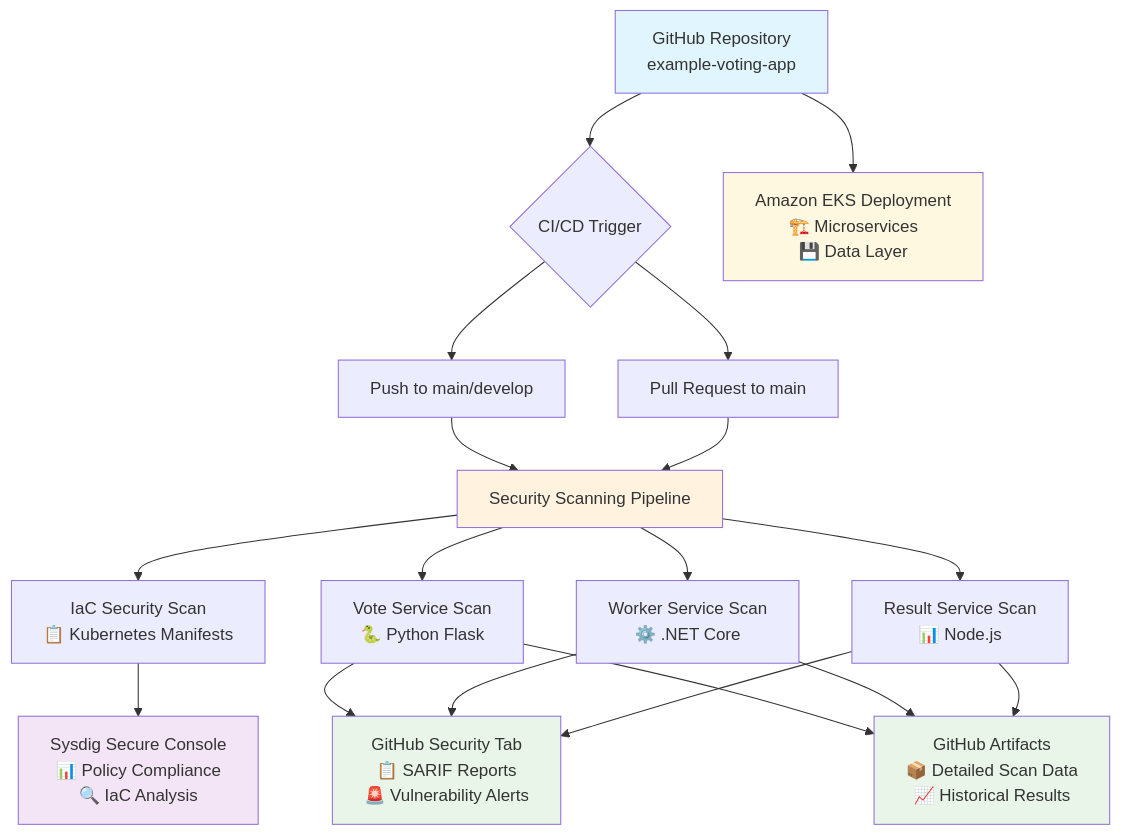
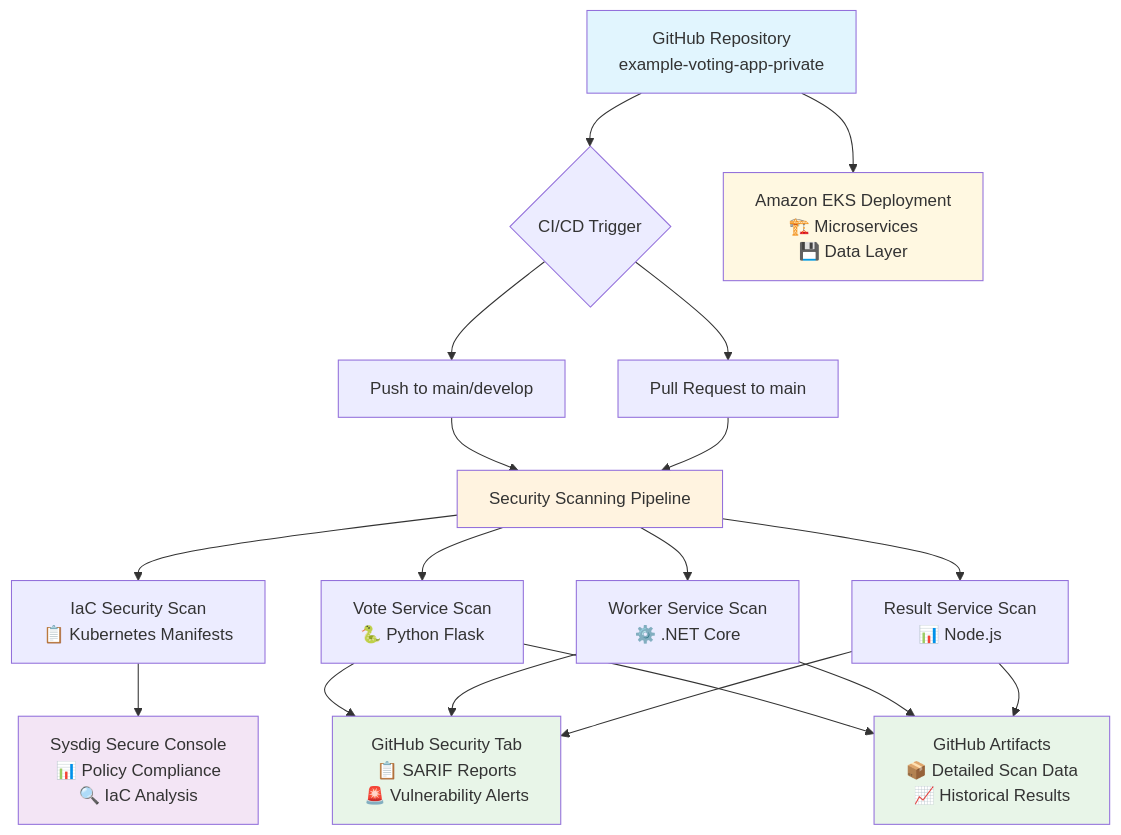
One commit to sysdig-poc-kr/example-voting-app-private changed the diagram in README.md. Above: the diagram before and after it, drawn with Mermaid. The commit also changed other lines of this file and 9 other files, not shown here.

````diff
--- a/README.md
+++ b/README.md
@@ -9,34 +9,34 @@
 ```mermaid
 flowchart TD
-    A[GitHub Repository<br/>example-voting-app] --> B{CI/CD Trigger}
+    A[GitHub Repository<br/>example-voting-app-private] --> B{CI/CD Trigger}
     
     B --> C[Push to main/develop]
     B --> D[Pull Request to main]
     
     C --> E[Security Scanning Pipeline]
     D --> E
     
     E --> F[IaC Security Scan<br/>📋 Kubernetes Manifests]
     E --> G[Vote Service Scan<br/>🐍 Python Flask]
     E --> H[Worker Service Scan<br/>⚙️ .NET Core]
     E --> I[Result Service Scan<br/>📊 Node.js]
     
     F --> J[Sysdig Secure Console<br/>📊 Policy Compliance<br/>🔍 IaC Analysis]
     
     G --> K[GitHub Security Tab<br/>📋 SARIF Reports<br/>🚨 Vulnerability Alerts]
     H --> K
     I --> K
     
     G --> L[GitHub Artifacts<br/>📦 Detailed Scan Data<br/>📈 Historical Results]
     H --> L
     I --> L
     
     A --> M[Amazon EKS Deployment<br/>🏗️ Microservices<br/>💾 Data Layer]
     
     style A fill:#e1f5fe
     style E fill:#fff3e0
     style J fill:#f3e5f5
     style K fill:#e8f5e8
     style L fill:#e8f5e8
     style M fill:#fff8e1
 ```
````
